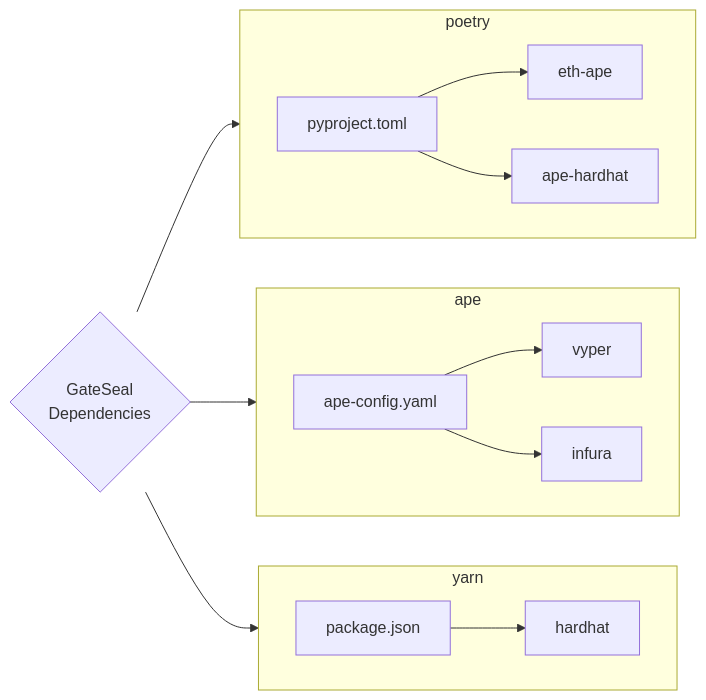
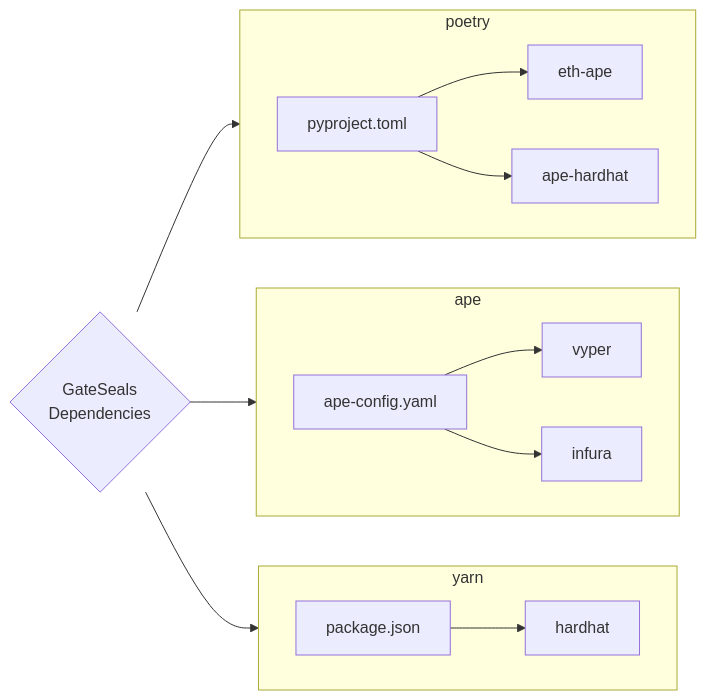
The diagram in README.md (lidofinance/gate-seals), drawn with Mermaid before and after one commit.

Commit message:
docs: fix project name

````diff
--- a/README.md
+++ b/README.md
@@ -46,39 +46,39 @@
 ```mermaid
 flowchart LR
     subgraph ape["ape"]
         direction LR
 
         apeConfig["ape-config.yaml"]
         vyper["vyper"]
         infura["infura"]
         
         apeConfig --> vyper
         apeConfig --> infura
     end
 
     subgraph yarn["yarn"]
         direction LR
         
         yarnConfig["package.json"]
         hardhat["hardhat"]
         
         yarnConfig --> hardhat
     end
 
     subgraph poetry["poetry"]
         direction LR
 
         poetryConfig["pyproject.toml"]
         eth-ape["eth-ape"]
         ape-hardhat["ape-hardhat"]
 
         poetryConfig --> eth-ape
         poetryConfig --> ape-hardhat
     end  
 
-    GateSeal{"GateSeal\nDependencies"}
+    GateSeal{"GateSeals\nDependencies"}
 
     GateSeal --> poetry
     GateSeal --> ape
     GateSeal --> yarn
 ```
````
